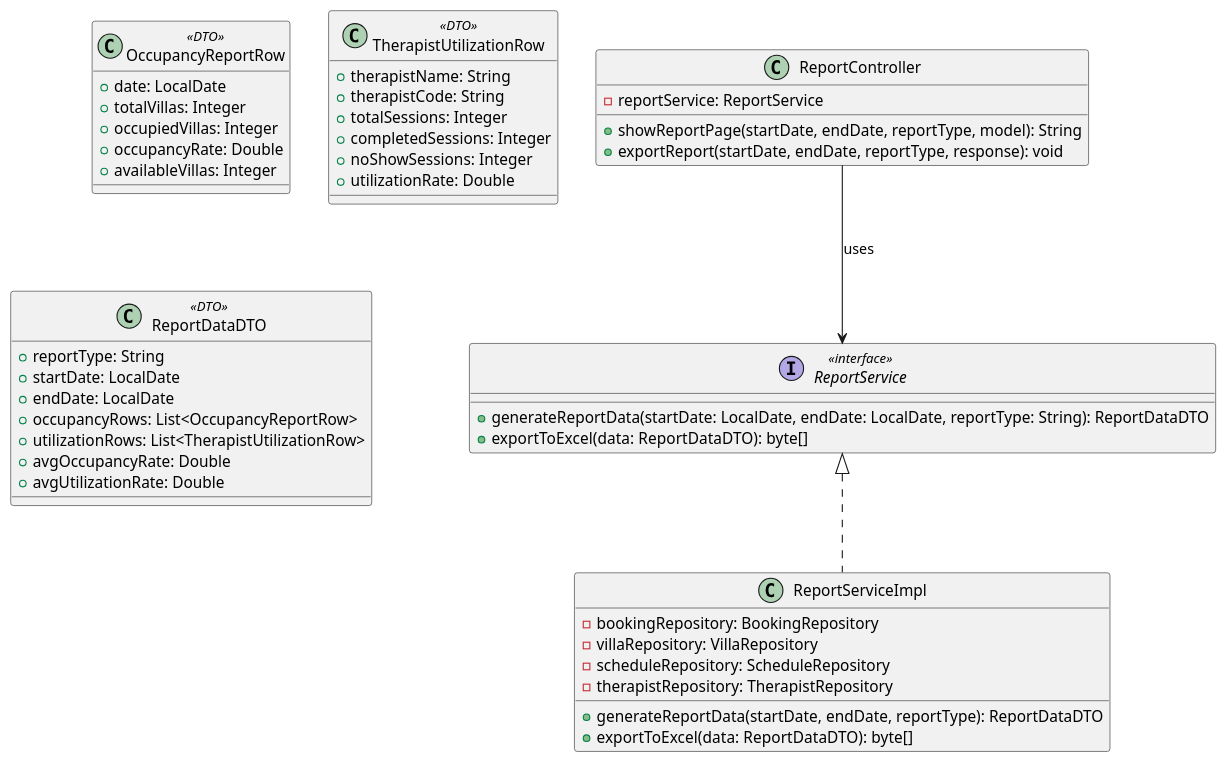
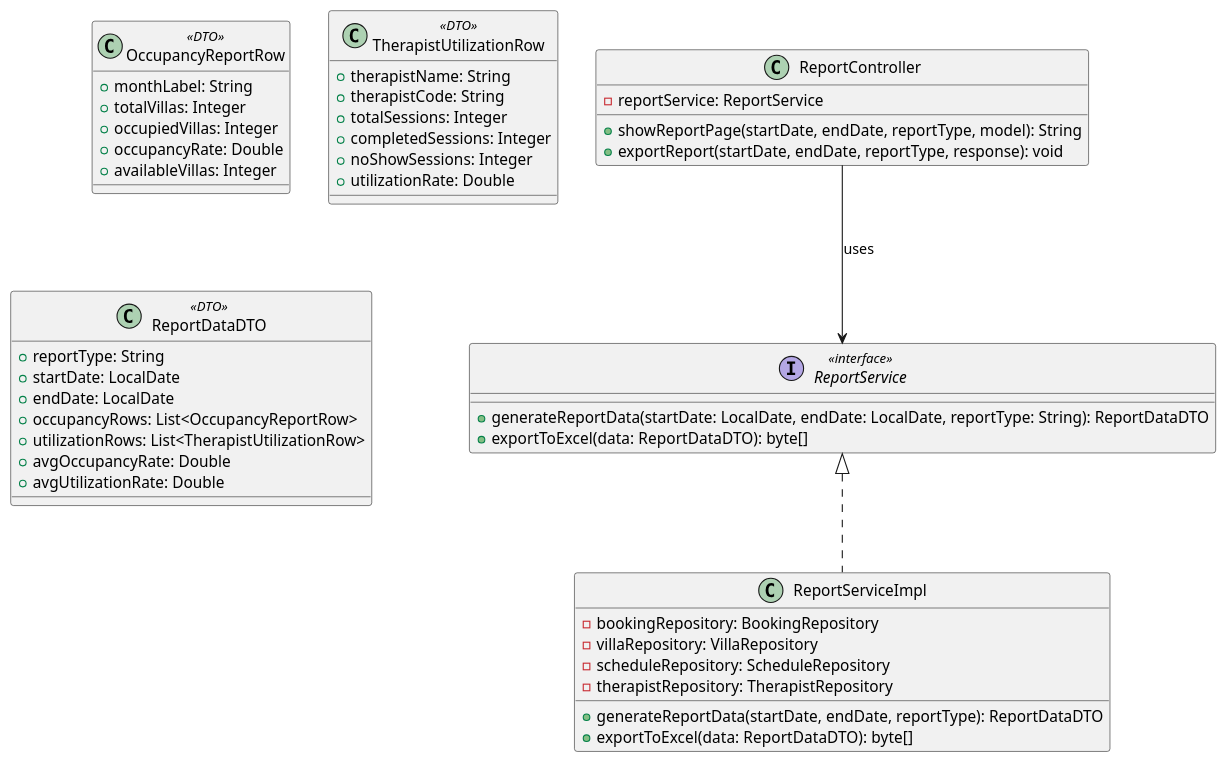
The first of 3 diagrams in 04_Implement/Module5/UC25/UC25_EDS_Report_Export.md (danhdac36/xoai-aura-retreat), drawn with PlantUML before and after one commit. The commit also changed other lines of this file and 10 other files, not shown here.

````diff
--- a/04_Implement/Module5/UC25/UC25_EDS_Report_Export.md
+++ b/04_Implement/Module5/UC25/UC25_EDS_Report_Export.md
@@ -138,53 +139,53 @@
 ```plantuml
 @startuml
 class OccupancyReportRow <<DTO>> {
-  +date: LocalDate
+  +monthLabel: String
   +totalVillas: Integer
   +occupiedVillas: Integer
   +occupancyRate: Double
   +availableVillas: Integer
 }
 
 class TherapistUtilizationRow <<DTO>> {
   +therapistName: String
   +therapistCode: String
   +totalSessions: Integer
   +completedSessions: Integer
   +noShowSessions: Integer
   +utilizationRate: Double
 }
 
 class ReportDataDTO <<DTO>> {
   +reportType: String
   +startDate: LocalDate
   +endDate: LocalDate
   +occupancyRows: List<OccupancyReportRow>
   +utilizationRows: List<TherapistUtilizationRow>
   +avgOccupancyRate: Double
   +avgUtilizationRate: Double
 }
 
 interface ReportService <<interface>> {
   +generateReportData(startDate: LocalDate, endDate: LocalDate, reportType: String): ReportDataDTO
   +exportToExcel(data: ReportDataDTO): byte[]
 }
 
 class ReportServiceImpl {
   -bookingRepository: BookingRepository
   -villaRepository: VillaRepository
   -scheduleRepository: ScheduleRepository
   -therapistRepository: TherapistRepository
   +generateReportData(startDate, endDate, reportType): ReportDataDTO
   +exportToExcel(data: ReportDataDTO): byte[]
 }
 
 class ReportController {
   -reportService: ReportService
   +showReportPage(startDate, endDate, reportType, model): String
   +exportReport(startDate, endDate, reportType, response): void
 }
 
 ReportController --> ReportService : uses
 ReportService <|.. ReportServiceImpl
 @enduml
 ```
````
